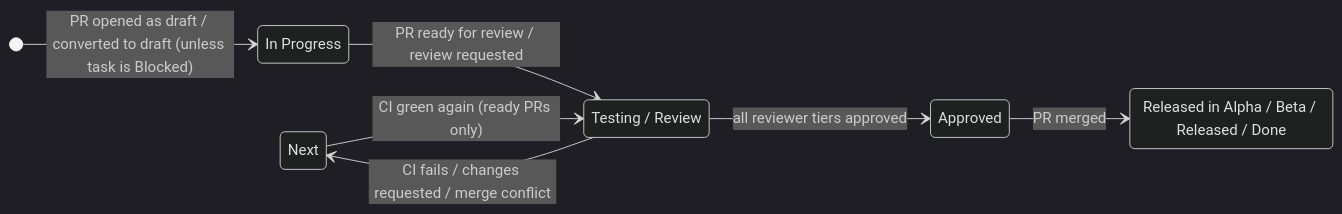
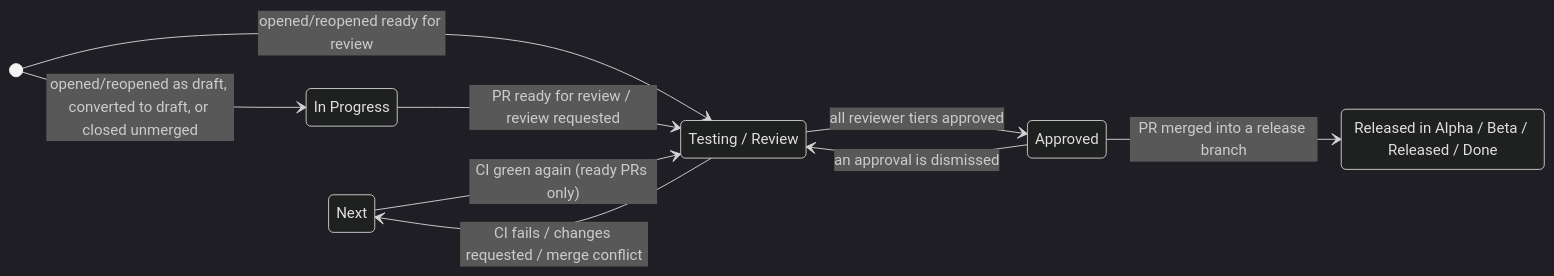
The diagram in README.md (nsquared-team/asana-comment-on-task-github-action), drawn with Mermaid (dark theme) before and after one commit. The commit also changed other lines of this file and 3 other files, not shown here.

````diff
--- a/README.md
+++ b/README.md
@@ -11,16 +11,18 @@
 ```mermaid
 stateDiagram-v2
     direction LR
     Next : Next
     InProgress : In Progress
     Testing : Testing / Review
     Approved : Approved
     Release : Released in Alpha / Beta / Released / Done
 
-    [*] --> InProgress : PR opened as draft / converted to draft (unless task is Blocked)
+    [*] --> InProgress : opened/reopened as draft, converted to draft, or closed unmerged
+    [*] --> Testing : opened/reopened ready for review
     InProgress --> Testing : PR ready for review / review requested
     Testing --> Next : CI fails / changes requested / merge conflict
     Next --> Testing : CI green again (ready PRs only)
     Testing --> Approved : all reviewer tiers approved
-    Approved --> Release : PR merged
+    Approved --> Testing : an approval is dismissed
+    Approved --> Release : PR merged into a release branch
 ```
````
